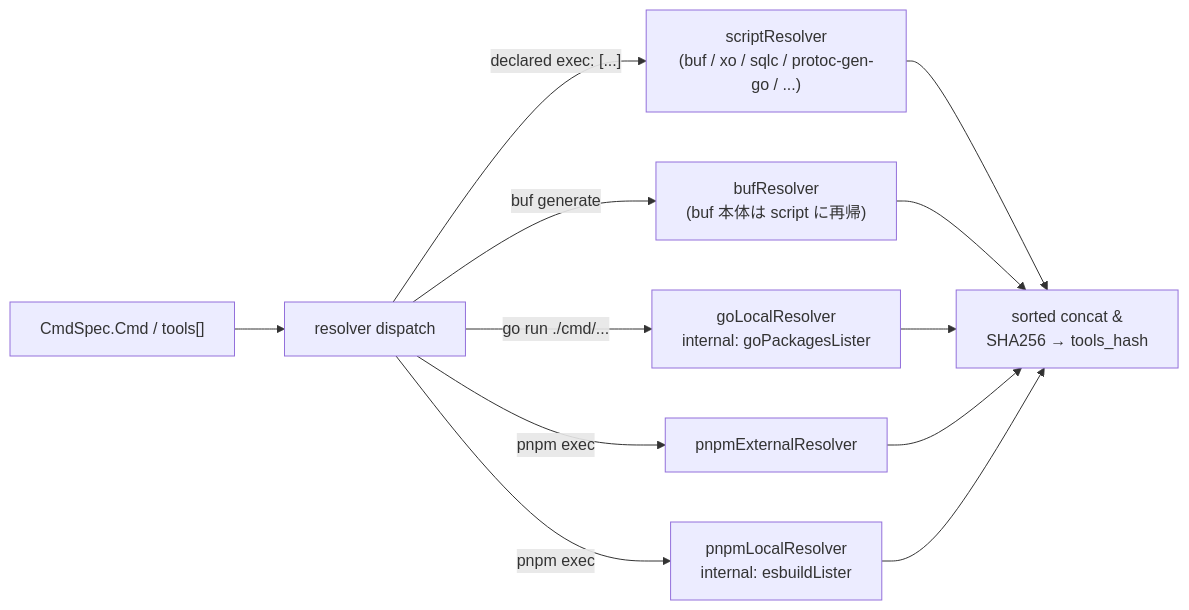
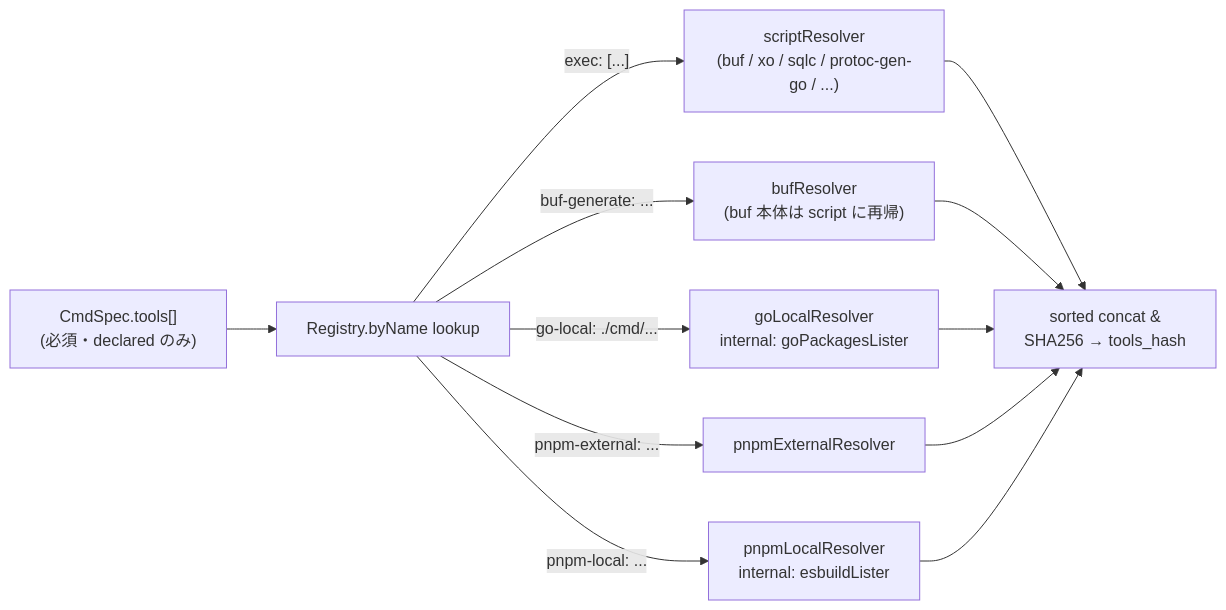
The second of 3 diagrams in docs/design/architecture.md (izumin5210/sloff), drawn with Mermaid before and after one commit. The commit also changed other lines of this file and 74 other files, not shown here.

First line of the commit message:
feat(toolresolver): add go-local resolver and source listers (#6)

````diff
--- a/docs/design/architecture.md
+++ b/docs/design/architecture.md
@@ -312,14 +312,14 @@
 ```mermaid
 flowchart LR
-    SPEC["CmdSpec.Cmd / tools[]"] --> DISP["resolver dispatch"]
-    DISP -->|"declared exec: [...]"| SCRIPT["scriptResolver<br/>(buf / xo / sqlc / protoc-gen-go / ...)"]
-    DISP -->|"buf generate"| BUF["bufResolver<br/>(buf 本体は script に再帰)"]
-    DISP -->|"go run ./cmd/..."| GOLOC["goLocalResolver<br/>internal: goPackagesLister"]
-    DISP -->|"pnpm exec <external>"| PNPMEXT["pnpmExternalResolver"]
-    DISP -->|"pnpm exec <workspace local>"| PNPMLOC["pnpmLocalResolver<br/>internal: esbuildLister"]
+    SPEC["CmdSpec.tools[]<br/>(必須・declared のみ)"] --> DISP["Registry.byName lookup"]
+    DISP -->|"exec: [...]"| SCRIPT["scriptResolver<br/>(buf / xo / sqlc / protoc-gen-go / ...)"]
+    DISP -->|"buf-generate: ..."| BUF["bufResolver<br/>(buf 本体は script に再帰)"]
+    DISP -->|"go-local: ./cmd/..."| GOLOC["goLocalResolver<br/>internal: goPackagesLister"]
+    DISP -->|"pnpm-external: ..."| PNPMEXT["pnpmExternalResolver"]
+    DISP -->|"pnpm-local: ..."| PNPMLOC["pnpmLocalResolver<br/>internal: esbuildLister"]
     SCRIPT --> CONCAT["sorted concat &<br/>SHA256 → tools_hash"]
     BUF --> CONCAT
     GOLOC --> CONCAT
     PNPMEXT --> CONCAT
     PNPMLOC --> CONCAT
 ```
````
